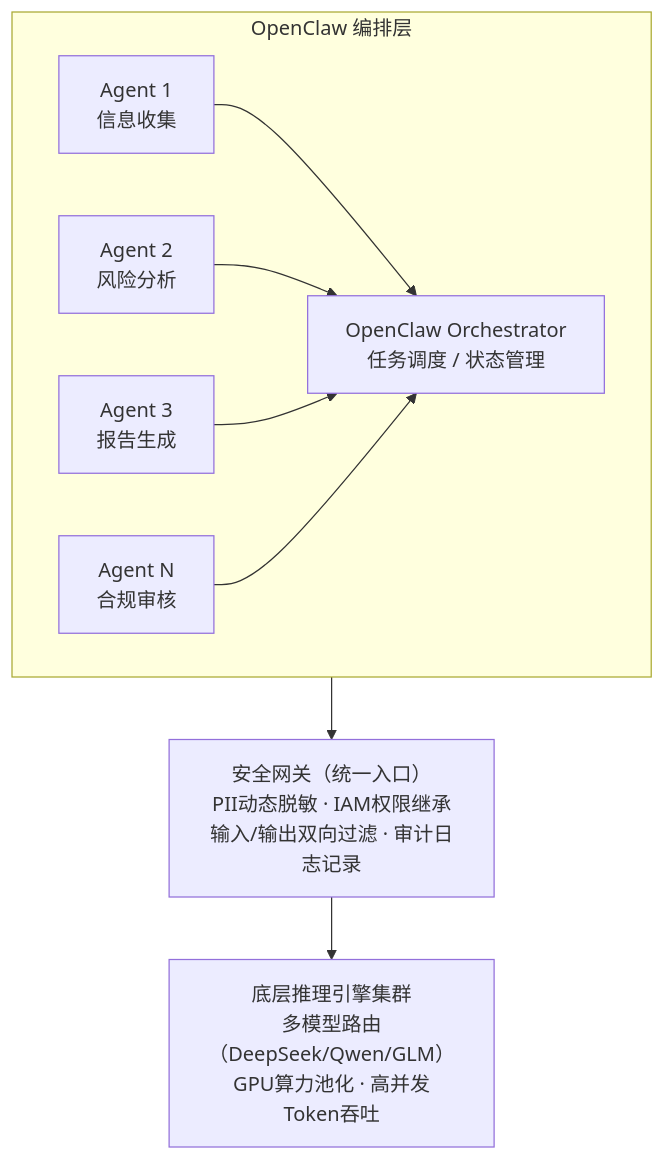
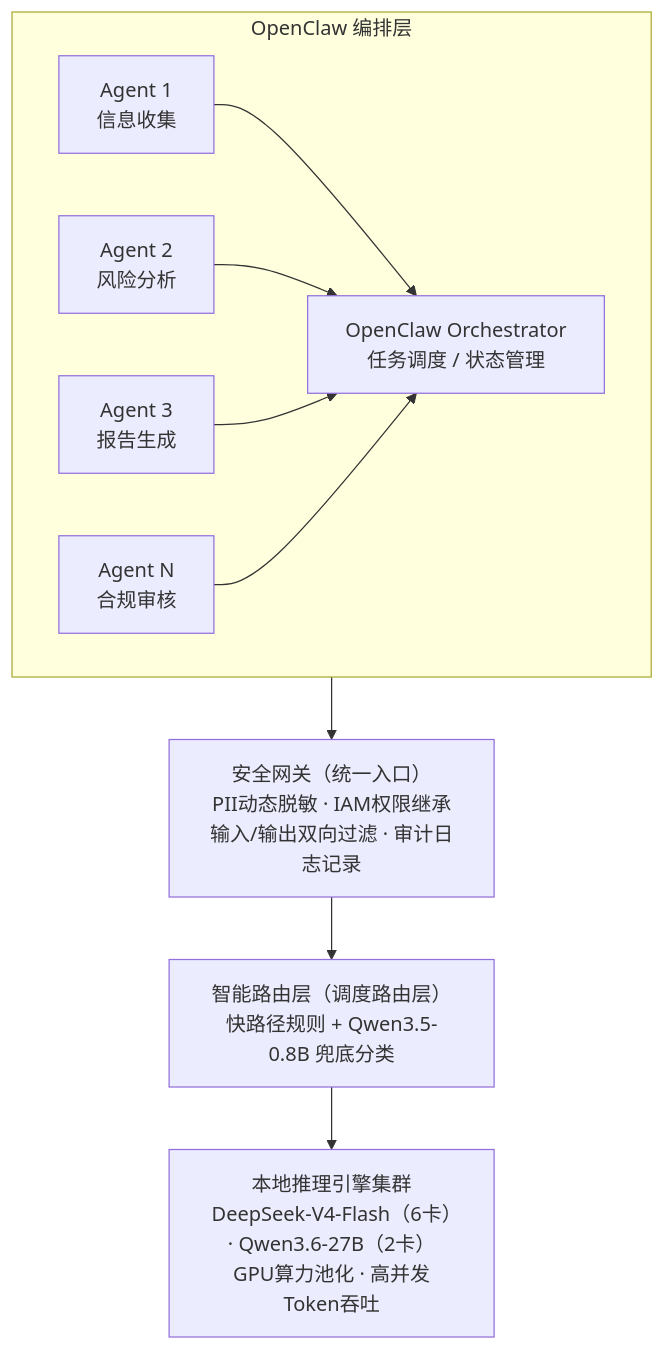
One commit to wonglaitung/splan changed diagram 12 of 18 in 3. 银行大模型接入网关技术说明书.md. Above: the diagram before and after it, drawn with Mermaid. The commit also changed other lines of this file and 4 other files, not shown here.

````diff
--- a/3. 银行大模型接入网关技术说明书.md
+++ b/3. 银行大模型接入网关技术说明书.md
@@ -1301,17 +1528,18 @@
 ```mermaid
 flowchart TB
     subgraph ORCH["OpenClaw 编排层"]
         direction LR
         A1["Agent 1<br/>信息收集"]
         A2["Agent 2<br/>风险分析"]
         A3["Agent 3<br/>报告生成"]
         A4["Agent N<br/>合规审核"]
         OCO["OpenClaw Orchestrator<br/>任务调度 / 状态管理"]
         A1 --> OCO
         A2 --> OCO
         A3 --> OCO
         A4 --> OCO
     end
     OCO --> GW["安全网关（统一入口）<br/>PII动态脱敏 · IAM权限继承<br/>输入/输出双向过滤 · 审计日志记录"]
-    GW --> INF["底层推理引擎集群<br/>多模型路由（DeepSeek/Qwen/GLM）<br/>GPU算力池化 · 高并发Token吞吐"]
+    GW --> RT["智能路由层（调度路由层）<br/>快路径规则 + Qwen3.5-0.8B 兜底分类"]
+    RT --> INF["本地推理引擎集群<br/>DeepSeek-V4-Flash（6卡）· Qwen3.6-27B（2卡）<br/>GPU算力池化 · 高并发Token吞吐"]
 ```
````
